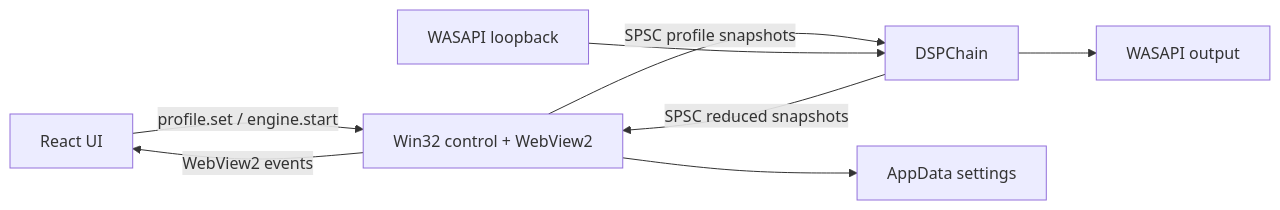
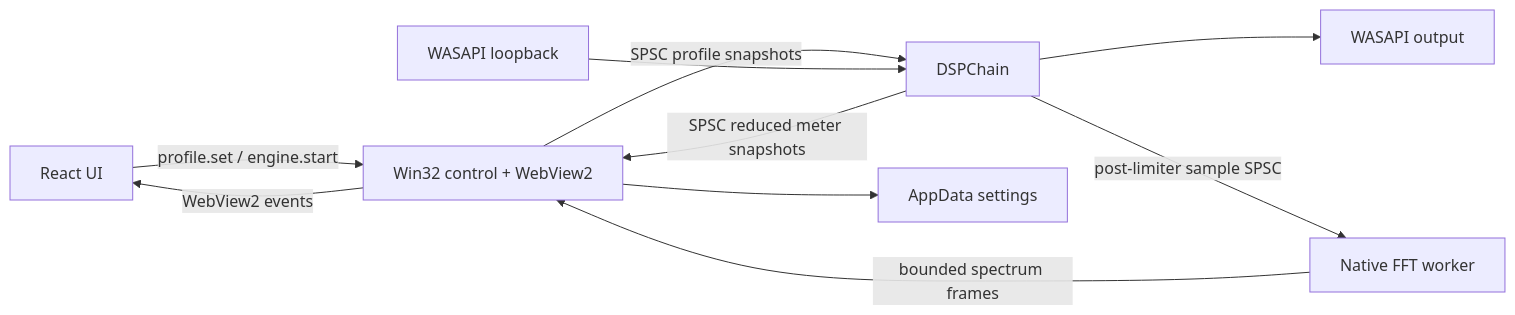
The diagram in docs/architecture.md (welington-m/miyazato-spatial-audio), drawn with Mermaid before and after one commit. The commit also changed other lines of this file and 26 other files, not shown here.

````diff
--- a/docs/architecture.md
+++ b/docs/architecture.md
@@ -5,10 +5,12 @@
 ```mermaid
 flowchart LR
  UI[React UI] -->|profile.set / engine.start| Host[Win32 control + WebView2]
  Host -->|SPSC profile snapshots| DSP[DSPChain]
  Capture[WASAPI loopback] --> DSP
  DSP --> Render[WASAPI output]
- DSP -->|SPSC reduced snapshots| Host
+ DSP -->|SPSC reduced meter snapshots| Host
+ DSP -->|post-limiter sample SPSC| FFT[Native FFT worker]
+ FFT -->|bounded spectrum frames| Host
  Host -->|WebView2 events| UI
  Host --> Disk[AppData settings]
 ```
````
